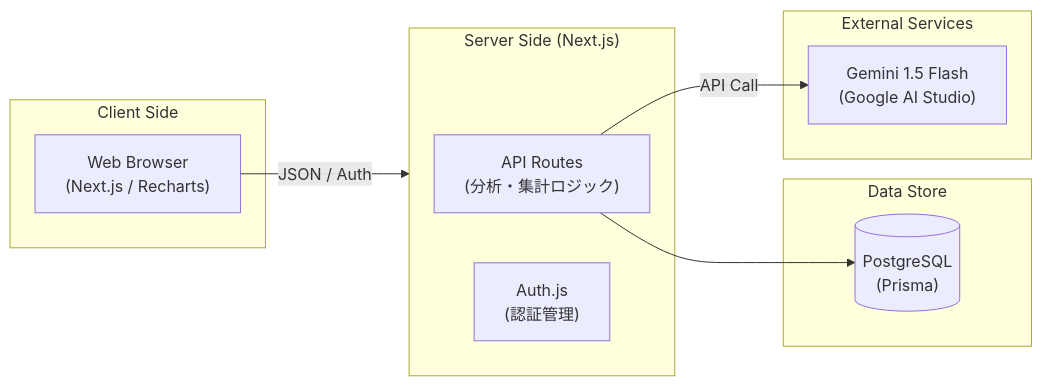
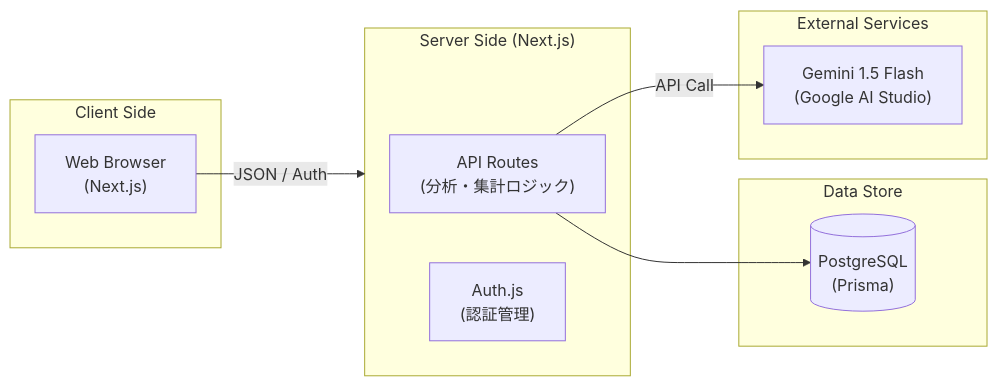
One commit to Ritsuki-Irabu/recoter changed the second of 3 diagrams in README.md. Above: the diagram before and after it, drawn with Mermaid. The commit also changed other lines of this file and 1 other file, not shown here.

````diff
--- a/README.md
+++ b/README.md
@@ -47,23 +47,23 @@
 ```mermaid
 flowchart LR
     subgraph Client ["Client Side"]
-        UI["Web Browser\n(Next.js / Recharts)"]
+        UI["Web Browser\n(Next.js)"]
     end
 
     subgraph Server ["Server Side (Next.js)"]
         API["API Routes\n(分析・集計ロジック)"]
         Auth["Auth.js\n(認証管理)"]
     end
 
     subgraph Data ["Data Store"]
         DB[("PostgreSQL\n(Prisma)")]
     end
 
     subgraph External ["External Services"]
         AI["Gemini 1.5 Flash\n(Google AI Studio)"]
     end
 
     UI -- "JSON / Auth" --> Server
     API --> DB
     API -- "API Call" --> AI
 ```
````
